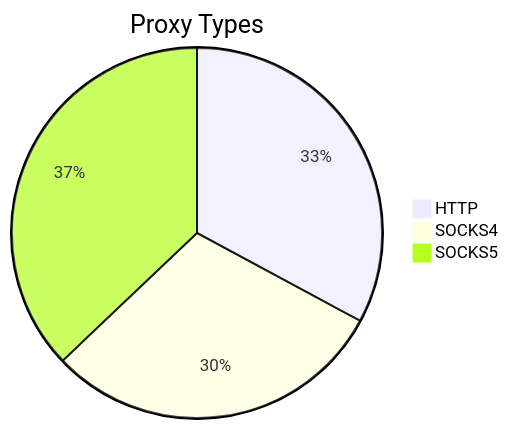
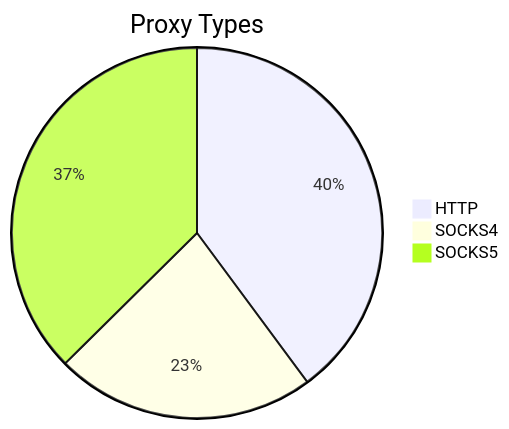
The first of 2 diagrams in README.md (stormsia/proxy-list), drawn with Mermaid before and after one commit. The commit also changed other lines of this file, not shown here.

````diff
--- a/README.md
+++ b/README.md
@@ -21,6 +21,6 @@
 ```mermaid
 pie title Proxy Types
-    "HTTP" : 163
-    "SOCKS4" : 149
-    "SOCKS5" : 184
+    "HTTP" : 114
+    "SOCKS4" : 65
+    "SOCKS5" : 107
 ```
````
